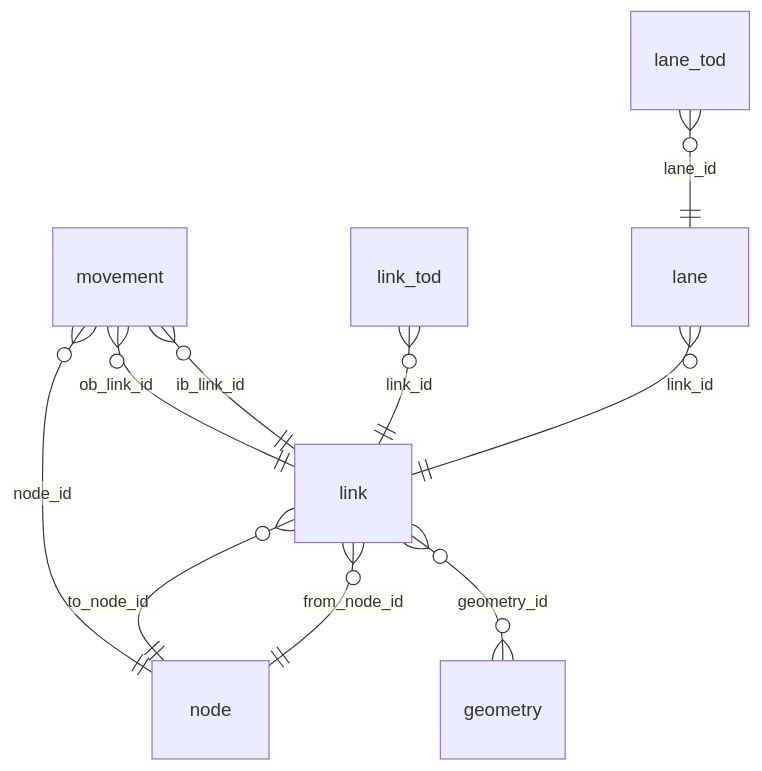
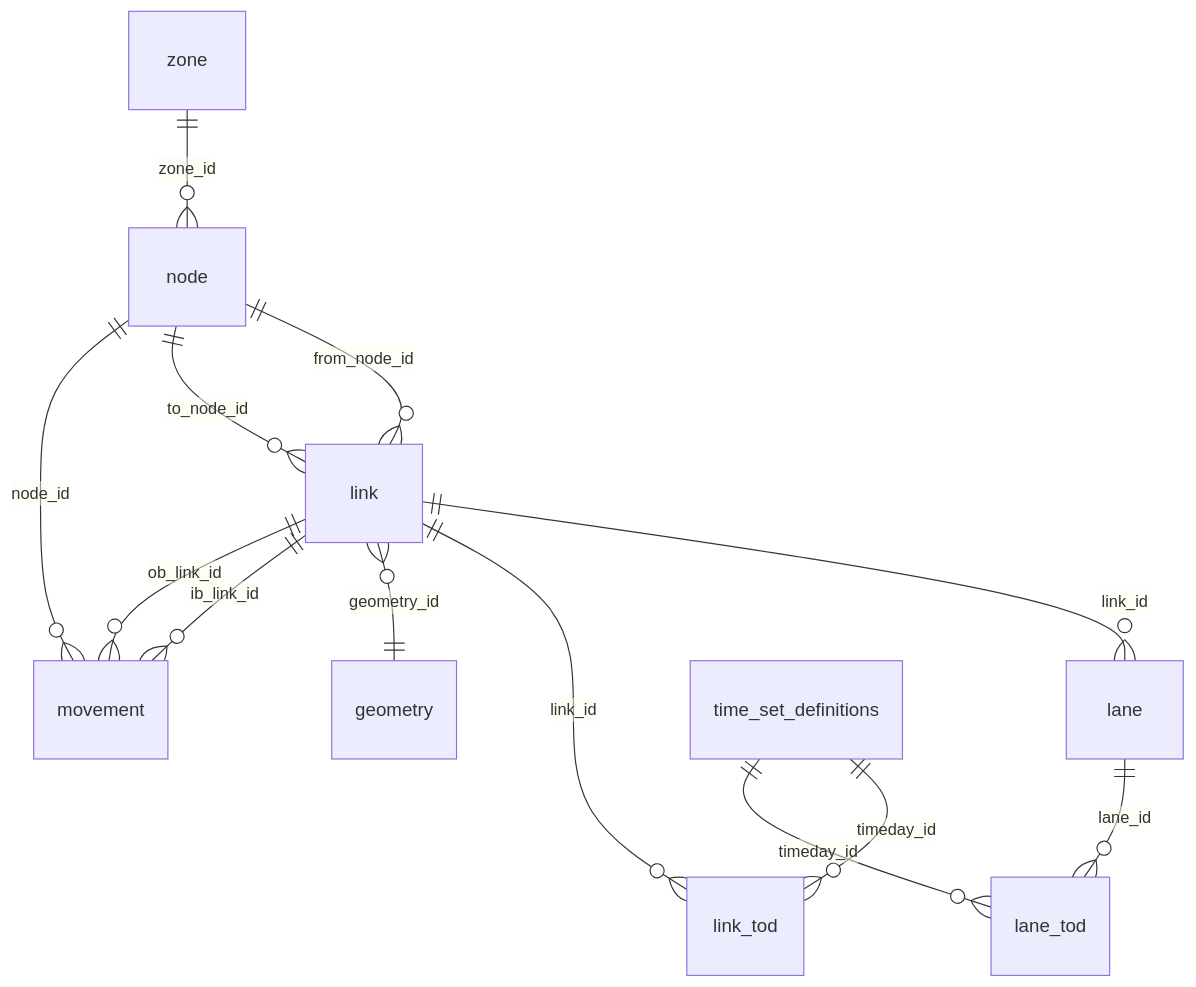
One commit to e-lo/GMNSpy changed the diagram in docs/reference/table-of-tables.md. Above: the diagram before and after it, drawn with Mermaid. The commit also changed other lines of this file and 3 other files, not shown here.

````diff
--- a/docs/reference/table-of-tables.md
+++ b/docs/reference/table-of-tables.md
@@ -38,12 +73,15 @@
 ```mermaid
 erDiagram
-    link }o--|| node : from_node_id
-    link }o--|| node : to_node_id
-    link }o--o{ geometry : geometry_id
-    lane }o--|| link : link_id
-    link_tod }o--|| link : link_id
-    lane_tod }o--|| lane : lane_id
-    movement }o--|| link : ib_link_id
-    movement }o--|| link : ob_link_id
-    movement }o--|| node : node_id
+    node ||--o{ link : "from_node_id"
+    node ||--o{ link : "to_node_id"
+    link ||--o{ lane : "link_id"
+    link ||--o{ link_tod : "link_id"
+    link }o--|| geometry : "geometry_id"
+    lane ||--o{ lane_tod : "lane_id"
+    node ||--o{ movement : "node_id"
+    link ||--o{ movement : "ib_link_id"
+    link ||--o{ movement : "ob_link_id"
+    time_set_definitions ||--o{ link_tod : "timeday_id"
+    time_set_definitions ||--o{ lane_tod : "timeday_id"
+    zone ||--o{ node : "zone_id"
 ```
````
